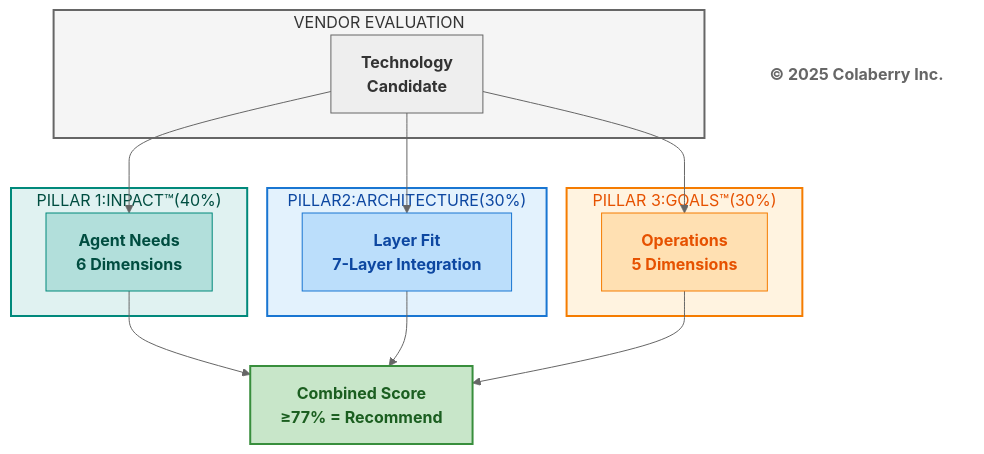
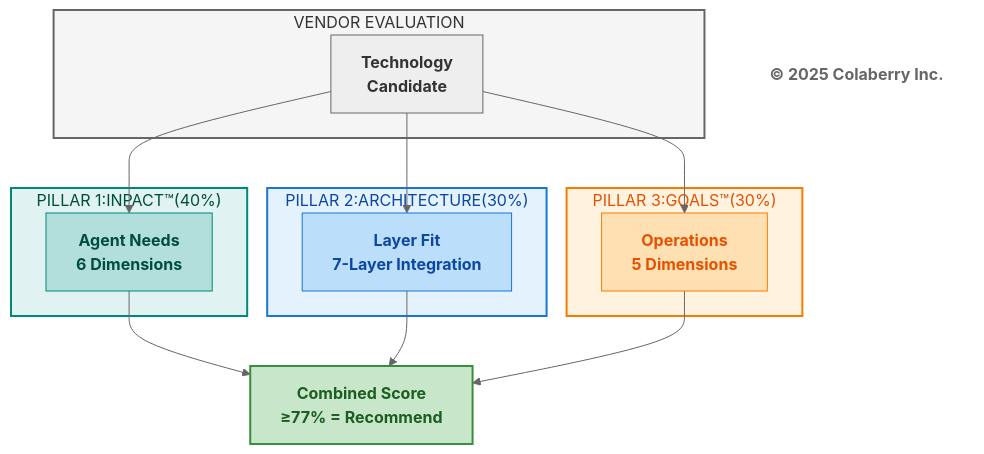
Before and after one commit to saitejesh-cyber/trust-before-intelligence-book: the second of 5 diagrams in manuscript/12_chapter_11_technology_selection_guide_v1_2.md, drawn with Mermaid (neutral theme).

Commit message:
Testing pillar 2
Testing pillar 2

````diff
--- a/manuscript/12_chapter_11_technology_selection_guide_v1_2.md
+++ b/manuscript/12_chapter_11_technology_selection_guide_v1_2.md
@@ -87,39 +87,39 @@
 ```mermaid
 graph TD
     subgraph VENDOR["VENDOR EVALUATION"]
         V["<b>Technology<br/>Candidate</b>"]
     end
     
     subgraph PILLAR1["PILLAR 1:INPACT™(40%)"]
         P1["<b>Agent Needs</b><br/><b>6 Dimensions</b>"]
     end
     
-    subgraph PILLAR2["PILLAR2:ARCHITECTURE(30%)"]
+    subgraph PILLAR2["PILLAR 2:ARCHITECTURE(30%)"]
         P2["<b>Layer Fit</b><br/><b>7-Layer Integration</b>"]
     end
     
     subgraph PILLAR3["PILLAR 3:GOALS™(30%)"]
         P3["<b>Operations</b><br/><b>5 Dimensions</b>"]
     end
     
     V --> P1
     V --> P2
     V --> P3
     
     P1 --> SCORE["<b>Combined Score</b><br/><b>≥77% = Recommend</b>"]
     P2 --> SCORE
     P3 --> SCORE
     
     Copyright["<b>© 2025 Colaberry Inc.</b>"]
     
     style VENDOR fill:#f5f5f5,stroke:#666666,stroke-width:2px,color:#333333
     style PILLAR1 fill:#e0f2f1,stroke:#00897b,stroke-width:2px,color:#004d40
     style PILLAR2 fill:#e3f2fd,stroke:#1976d2,stroke-width:2px,color:#0d47a1
     style PILLAR3 fill:#fff3e0,stroke:#f57c00,stroke-width:2px,color:#e65100
     style V fill:#eeeeee,stroke:#666666,color:#333333
     style P1 fill:#b2dfdb,stroke:#00897b,color:#004d40
     style P2 fill:#bbdefb,stroke:#1976d2,color:#0d47a1
     style P3 fill:#ffe0b2,stroke:#f57c00,color:#e65100
     style SCORE fill:#c8e6c9,stroke:#388e3c,stroke-width:2px,color:#1b5e20
     style Copyright fill:#ffffff,stroke:none,color:#666666
 ```
````
